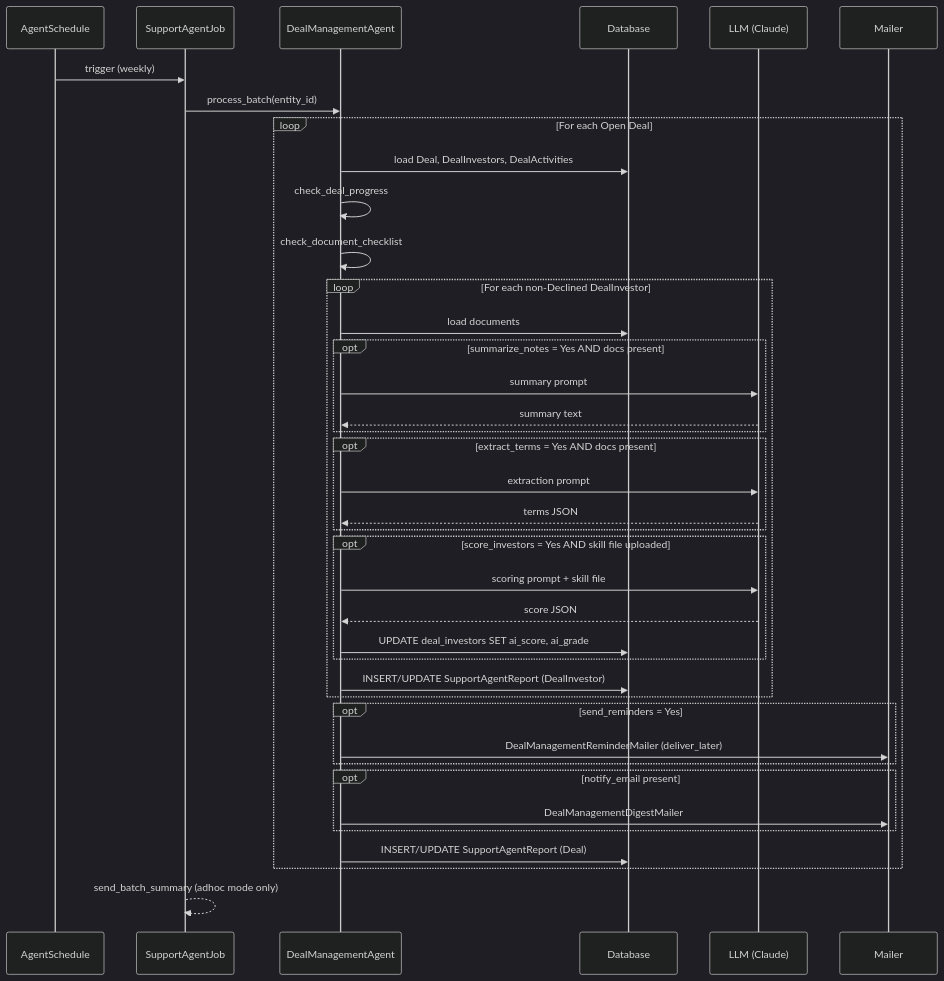
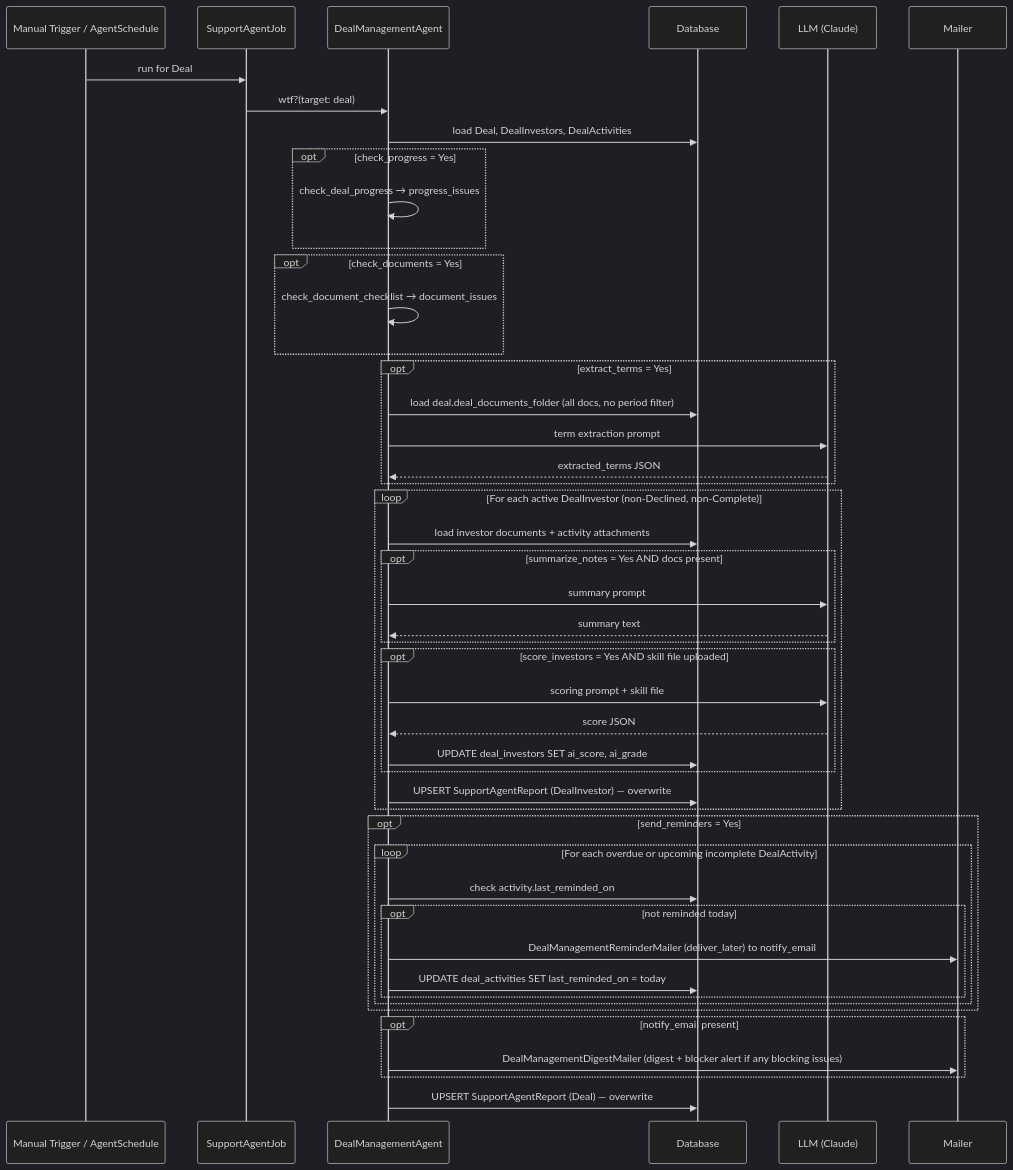
The sixth of 8 diagrams in docs/ai/deal_management_agent_prd.md (sampadadiwan/IRM_CompanyMain), drawn with Mermaid (dark theme) before and after one commit. The commit also changed other lines of this file and 17 other files, not shown here.

````diff
--- a/docs/ai/deal_management_agent_prd.md
+++ b/docs/ai/deal_management_agent_prd.md
@@ -433,46 +502,58 @@
 ```mermaid
 sequenceDiagram
-    participant Cron as AgentSchedule
+    participant Trigger as Manual Trigger / AgentSchedule
     participant Job as SupportAgentJob
     participant Agent as DealManagementAgent
     participant DB as Database
     participant LLM as LLM (Claude)
     participant Mail as Mailer
 
-    Cron->>Job: trigger (weekly)
-    Job->>Agent: process_batch(entity_id)
+    Trigger->>Job: run for Deal #123
+    Job->>Agent: wtf?(target: deal)
 
-    loop For each Open Deal
-        Agent->>DB: load Deal, DealInvestors, DealActivities
-        Agent->>Agent: check_deal_progress
-        Agent->>Agent: check_document_checklist
+    Agent->>DB: load Deal, DealInvestors, DealActivities
 
-        loop For each non-Declined DealInvestor
-            Agent->>DB: load documents
-            opt summarize_notes = Yes AND docs present
-                Agent->>LLM: summary prompt
-                LLM-->>Agent: summary text
-            end
-            opt extract_terms = Yes AND docs present
-                Agent->>LLM: extraction prompt
-                LLM-->>Agent: terms JSON
-            end
-            opt score_investors = Yes AND skill file uploaded
-                Agent->>LLM: scoring prompt + skill file
-                LLM-->>Agent: score JSON
-                Agent->>DB: UPDATE deal_investors SET ai_score, ai_grade
-            end
-            Agent->>DB: INSERT/UPDATE SupportAgentReport (DealInvestor)
-        end
-
-        opt send_reminders = Yes
-            Agent->>Mail: DealManagementReminderMailer (deliver_later)
-        end
-        opt notify_email present
-            Agent->>Mail: DealManagementDigestMailer
-        end
-        Agent->>DB: INSERT/UPDATE SupportAgentReport (Deal)
+    opt check_progress = Yes
+        Agent->>Agent: check_deal_progress → progress_issues
     end
 
-    Job-->>Job: send_batch_summary (adhoc mode only)
+    opt check_documents = Yes
+        Agent->>Agent: check_document_checklist → document_issues
+    end
+
+    opt extract_terms = Yes
+        Agent->>DB: load deal.deal_documents_folder (all docs, no period filter)
+        Agent->>LLM: term extraction prompt
+        LLM-->>Agent: extracted_terms JSON
+    end
+
+    loop For each active DealInvestor (non-Declined, non-Complete)
+        Agent->>DB: load investor documents + activity attachments
+        opt summarize_notes = Yes AND docs present
+            Agent->>LLM: summary prompt
+            LLM-->>Agent: summary text
+        end
+        opt score_investors = Yes AND skill file uploaded
+            Agent->>LLM: scoring prompt + skill file
+            LLM-->>Agent: score JSON
+            Agent->>DB: UPDATE deal_investors SET ai_score, ai_grade
+        end
+        Agent->>DB: UPSERT SupportAgentReport (DealInvestor) — overwrite
+    end
+
+    opt send_reminders = Yes
+        loop For each overdue or upcoming incomplete DealActivity
+            Agent->>DB: check activity.last_reminded_on
+            opt not reminded today
+                Agent->>Mail: DealManagementReminderMailer (deliver_later) to notify_email
+                Agent->>DB: UPDATE deal_activities SET last_reminded_on = today
+            end
+        end
+    end
+
+    opt notify_email present
+        Agent->>Mail: DealManagementDigestMailer (digest + blocker alert if any blocking issues)
+    end
+
+    Agent->>DB: UPSERT SupportAgentReport (Deal) — overwrite
 ```
````
